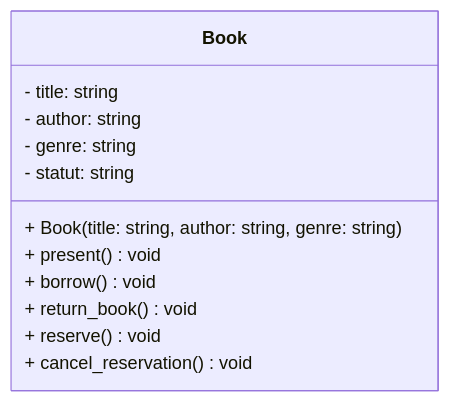
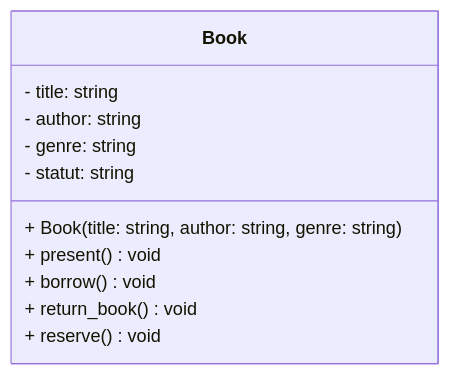
Before and after one commit to aldevgen/aldevgen.github.io: the first of 2 diagrams in _formations/oop/introduction.md, drawn with Mermaid. The commit also changed other lines of this file and 5 other files, not shown here.

````diff
--- a/_formations/oop/introduction.md
+++ b/_formations/oop/introduction.md
@@ -73,16 +29,15 @@
 ```mermaid
 %%{init: {"class": {"useMaxWidth": "false"}}%%
 classDiagram
     class Book {
         - title: string
         - author: string
         - genre: string
         - statut: string
         + Book(title: string, author: string, genre: string)
         + present() void
         + borrow() void
         + return_book() void
         + reserve() void
-        + cancel_reservation() void
     }
 ```
````
